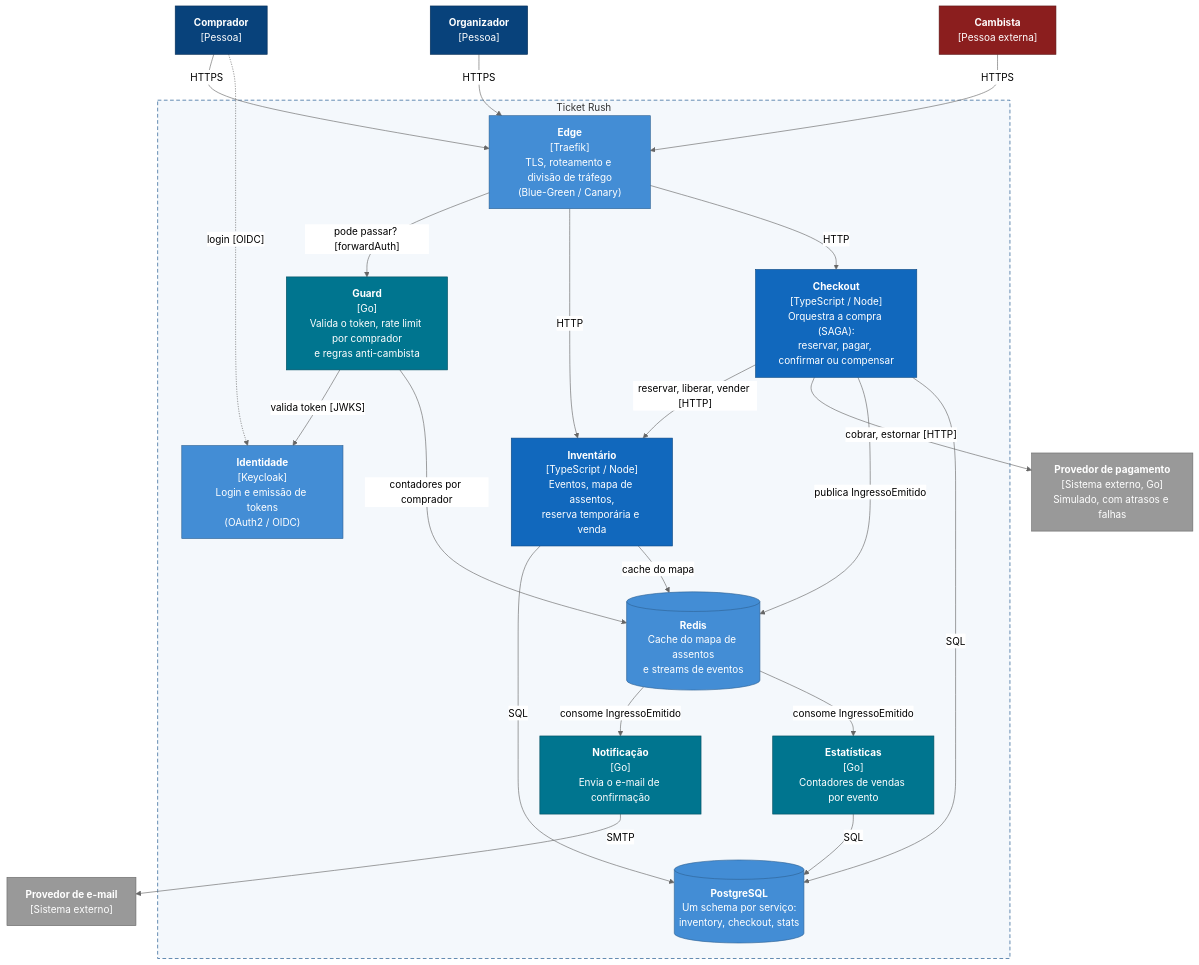
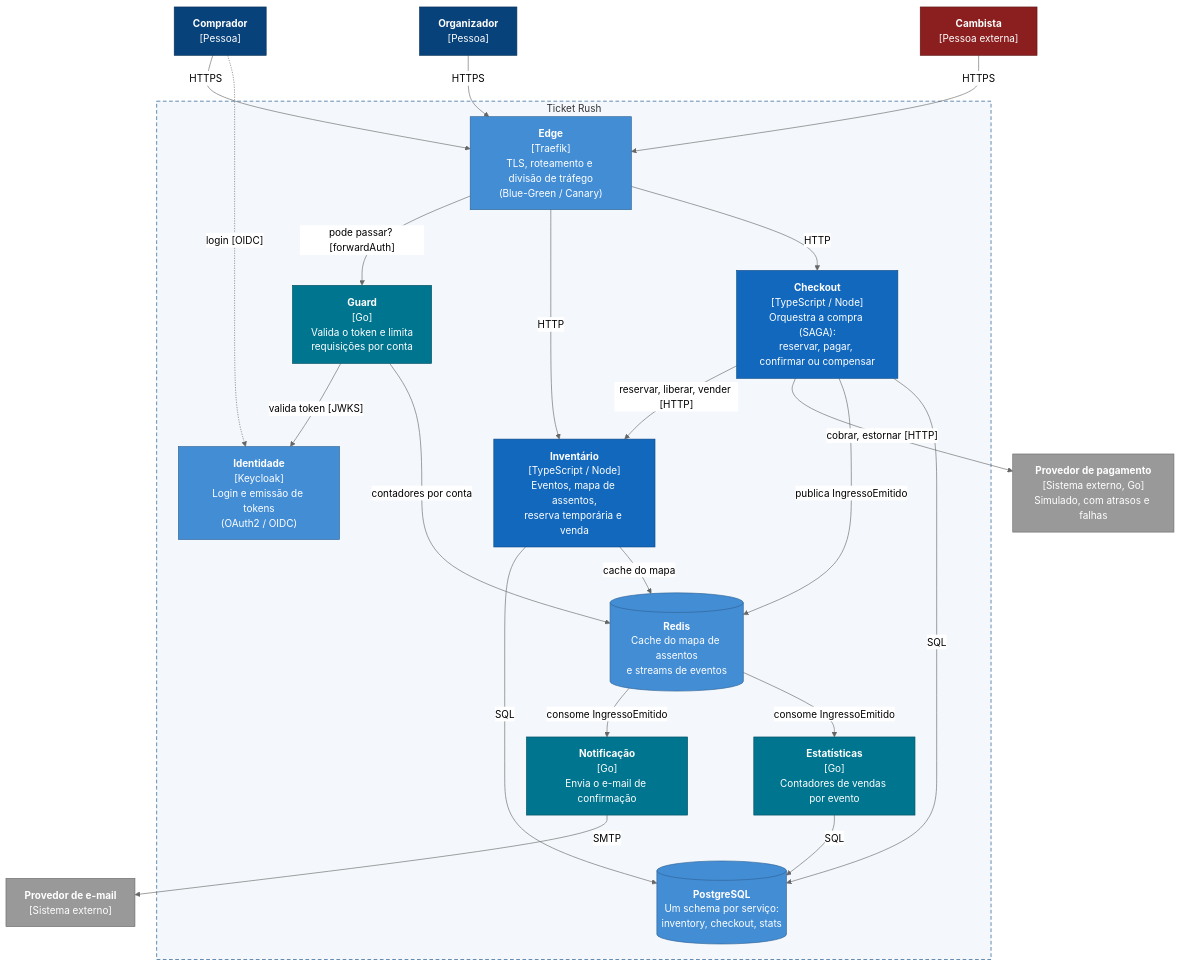
Before and after one commit to johancarloss/ticket-rush: the diagram in docs/architecture/c4-2-containers.md, drawn with Mermaid (neutral theme). The commit also changed other lines of this file, not shown here.

Commit message:
docs(architecture): align guard responsibilities with ADR-002

````diff
--- a/docs/architecture/c4-2-containers.md
+++ b/docs/architecture/c4-2-containers.md
@@ -5,59 +5,59 @@
 ```mermaid
 flowchart TB
   buyer["<b>Comprador</b><br/>[Pessoa]"]
   organizer["<b>Organizador</b><br/>[Pessoa]"]
   scalper["<b>Cambista</b><br/>[Pessoa externa]"]
 
   subgraph tr ["Ticket Rush"]
     traefik["<b>Edge</b><br/>[Traefik]<br/>TLS, roteamento e divisão de tráfego<br/>(Blue-Green / Canary)"]
-    guard["<b>Guard</b><br/>[Go]<br/>Valida o token, rate limit por comprador<br/>e regras anti-cambista"]
+    guard["<b>Guard</b><br/>[Go]<br/>Valida o token e limita<br/>requisições por conta"]
     keycloak["<b>Identidade</b><br/>[Keycloak]<br/>Login e emissão de tokens<br/>(OAuth2 / OIDC)"]
     inventory["<b>Inventário</b><br/>[TypeScript / Node]<br/>Eventos, mapa de assentos,<br/>reserva temporária e venda"]
     checkout["<b>Checkout</b><br/>[TypeScript / Node]<br/>Orquestra a compra (SAGA):<br/>reservar, pagar, confirmar ou compensar"]
     notification["<b>Notificação</b><br/>[Go]<br/>Envia o e-mail de confirmação"]
     stats["<b>Estatísticas</b><br/>[Go]<br/>Contadores de vendas por evento"]
     postgres[("<b>PostgreSQL</b><br/>Um schema por serviço:<br/>inventory, checkout, stats")]
     redis[("<b>Redis</b><br/>Cache do mapa de assentos<br/>e streams de eventos")]
   end
 
   payment["<b>Provedor de pagamento</b><br/>[Sistema externo, Go]<br/>Simulado, com atrasos e falhas"]
   email["<b>Provedor de e-mail</b><br/>[Sistema externo]"]
 
   buyer -- "HTTPS" --> traefik
   organizer -- "HTTPS" --> traefik
   scalper -- "HTTPS" --> traefik
   buyer -. "login [OIDC]" .-> keycloak
 
   traefik -- "pode passar? [forwardAuth]" --> guard
   guard -- "valida token [JWKS]" --> keycloak
-  guard -- "contadores por comprador" --> redis
+  guard -- "contadores por conta" --> redis
   traefik -- "HTTP" --> inventory
   traefik -- "HTTP" --> checkout
 
   checkout -- "reservar, liberar, vender [HTTP]" --> inventory
   checkout -- "cobrar, estornar [HTTP]" --> payment
   checkout -- "publica IngressoEmitido" --> redis
 
   inventory -- "SQL" --> postgres
   inventory -- "cache do mapa" --> redis
   checkout -- "SQL" --> postgres
 
   redis -- "consome IngressoEmitido" --> notification
   redis -- "consome IngressoEmitido" --> stats
   stats -- "SQL" --> postgres
   notification -- "SMTP" --> email
 
   classDef person fill:#08427b,stroke:#052e56,color:#fff
   classDef adversary fill:#8b1e1e,stroke:#5c1414,color:#fff
   classDef ts fill:#1168bd,stroke:#0b4884,color:#fff
   classDef go fill:#00758f,stroke:#004f61,color:#fff
   classDef infra fill:#438dd5,stroke:#2e6295,color:#fff
   classDef external fill:#999,stroke:#6b6b6b,color:#fff
   class buyer,organizer person
   class scalper adversary
   class inventory,checkout ts
   class guard,notification,stats go
   class traefik,keycloak,postgres,redis infra
   class payment,email external
   style tr fill:#f4f8fc,stroke:#0b4884,stroke-dasharray: 6 4
 ```
````
